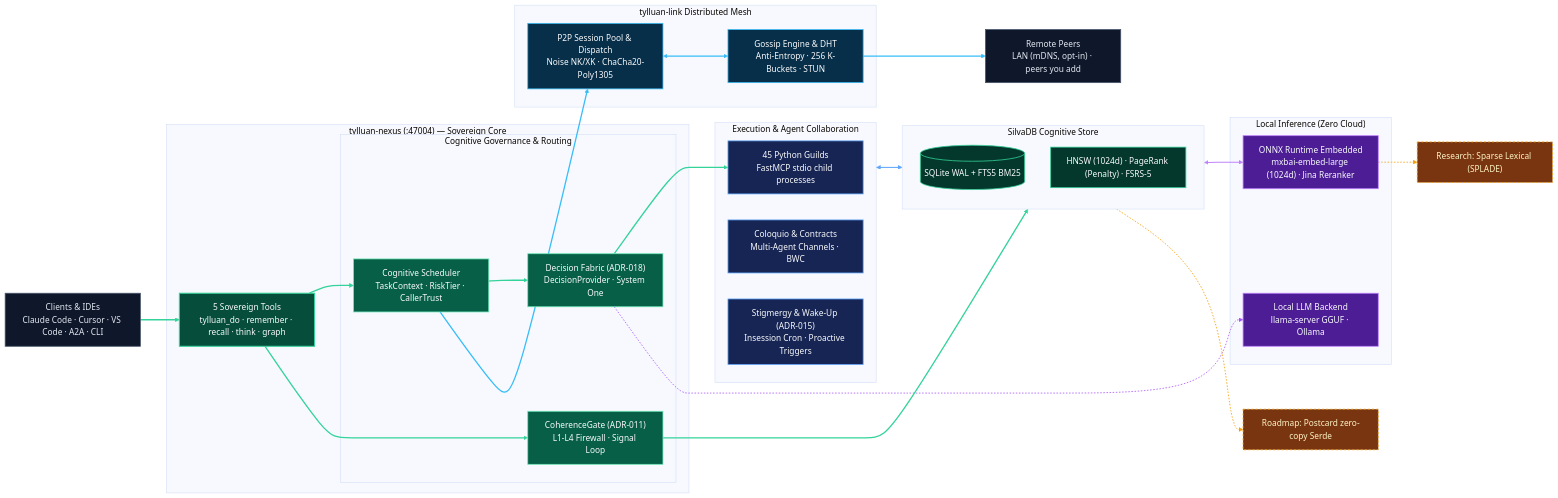
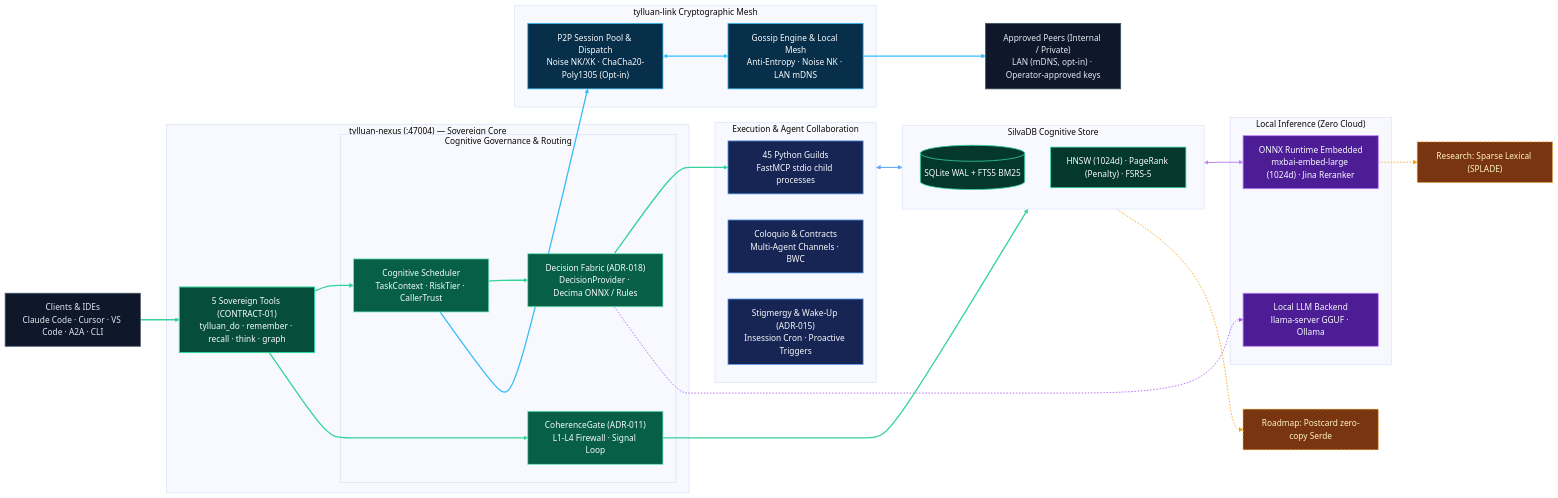
One commit to Forja-orca/tylluan changed the diagram in README.md. Above: the diagram before and after it, drawn with Mermaid (base theme). The commit also changed other lines of this file and 3 other files, not shown here.

Commit message:
docs: align public diagrams and README with local cryptographic mesh reality

````diff
--- a/README.md
+++ b/README.md
@@ -341,80 +343,80 @@
 ```mermaid
 flowchart LR
   CLIENTS["Clients & IDEs<br/>Claude Code · Cursor · VS Code · A2A · CLI"]
 
   subgraph SOVEREIGN["tylluan-nexus (:47004) — Sovereign Core"]
-    TOOLS["5 Sovereign Tools<br/>tylluan_do · remember · recall · think · graph"]
+    TOOLS["5 Sovereign Tools (CONTRACT-01)<br/>tylluan_do · remember · recall · think · graph"]
 
     subgraph GOVERN["Cognitive Governance & Routing"]
       SCHED["Cognitive Scheduler<br/>TaskContext · RiskTier · CallerTrust"]
-      DECIDER["Decision Fabric (ADR-018)<br/>DecisionProvider · System One"]
+      DECIDER["Decision Fabric (ADR-018)<br/>DecisionProvider · Decima ONNX / Rules"]
       CGATE["CoherenceGate (ADR-011)<br/>L1-L4 Firewall · Signal Loop"]
     end
   end
 
   subgraph MEMORY["SilvaDB Cognitive Store"]
     SILVA[("SQLite WAL + FTS5 BM25")]
     GRAPH["HNSW (1024d) · PageRank (Penalty) · FSRS-5"]
   end
 
   subgraph INFER["Local Inference (Zero Cloud)"]
     ONNX["ONNX Runtime Embedded<br/>mxbai-embed-large (1024d) · Jina Reranker"]
     LLAMA["Local LLM Backend<br/>llama-server GGUF · Ollama"]
   end
 
   subgraph EXEC["Execution & Agent Collaboration"]
     GUILDS["45 Python Guilds<br/>FastMCP stdio child processes"]
     COLOQUIO["Coloquio & Contracts<br/>Multi-Agent Channels · BWC"]
     WAKE["Stigmergy & Wake-Up (ADR-015)<br/>Insession Cron · Proactive Triggers"]
   end
 
-  subgraph MESH["tylluan-link Distributed Mesh"]
-    P2P["P2P Session Pool & Dispatch<br/>Noise NK/XK · ChaCha20-Poly1305"]
-    GOSSIP["Gossip Engine & DHT<br/>Anti-Entropy · 256 K-Buckets · STUN"]
+  subgraph MESH["tylluan-link Cryptographic Mesh"]
+    P2P["P2P Session Pool & Dispatch<br/>Noise NK/XK · ChaCha20-Poly1305 (Opt-in)"]
+    GOSSIP["Gossip Engine & Local Mesh<br/>Anti-Entropy · Noise NK · LAN mDNS"]
   end
 
-  PEERS["Remote Peers<br/>LAN (mDNS, opt-in) · peers you add"]
+  PEERS["Approved Peers (Internal / Private)<br/>LAN (mDNS, opt-in) · Operator-approved keys"]
 
   SPARSE["Research: Sparse Lexical (SPLADE)"]:::future
   POSTCARD["Roadmap: Postcard zero-copy Serde"]:::future
 
   CLIENTS ==> TOOLS
   TOOLS ==> SCHED
   SCHED ==> DECIDER
   DECIDER ==> GUILDS
   TOOLS ==> CGATE
   CGATE ==> MEMORY
   MEMORY <==> ONNX
   EXEC <==> MEMORY
   DECIDER -.-> LLAMA
   SCHED ==> P2P
   P2P <==> GOSSIP
   GOSSIP ==> PEERS
 
   ONNX -.-> SPARSE
   MEMORY -.-> POSTCARD
 
   classDef sovStyle fill:#064e3b,stroke:#34d399,color:#f8fafc,stroke-width:2px;
   classDef govStyle fill:#065f46,stroke:#6ee7b7,color:#f8fafc,stroke-width:1.5px;
   classDef memStyle fill:#04382c,stroke:#34d399,color:#f8fafc,stroke-width:1.5px;
   classDef execStyle fill:#172554,stroke:#60a5fa,color:#f8fafc,stroke-width:1.5px;
   classDef inferStyle fill:#4c1d95,stroke:#c084fc,color:#f8fafc,stroke-width:1.5px;
   classDef meshStyle fill:#082f49,stroke:#38bdf8,color:#f8fafc,stroke-width:1.5px;
   classDef extStyle fill:#0f172a,stroke:#475569,color:#e2e8f0,stroke-width:1.5px;
   classDef future fill:#78350f,stroke:#f59e0b,stroke-width:1.5px,stroke-dasharray:4 4,color:#fef3c7;
 
   class CLIENTS,PEERS extStyle;
   class TOOLS sovStyle;
   class SCHED,DECIDER,CGATE govStyle;
   class SILVA,GRAPH memStyle;
   class GUILDS,COLOQUIO,WAKE execStyle;
   class ONNX,LLAMA inferStyle;
   class P2P,GOSSIP meshStyle;
 
   linkStyle 0,1,2,3,4,5 stroke:#34d399,stroke-width:2.5px;
   linkStyle 6 stroke:#c084fc,stroke-width:2px;
   linkStyle 7 stroke:#60a5fa,stroke-width:2px;
   linkStyle 8 stroke:#a855f7,stroke-width:1.5px,stroke-dasharray:3 3;
   linkStyle 9,10,11 stroke:#38bdf8,stroke-width:2.5px;
   linkStyle 12,13 stroke:#f59e0b,stroke-width:1.5px,stroke-dasharray:3 3;
 ```
````
